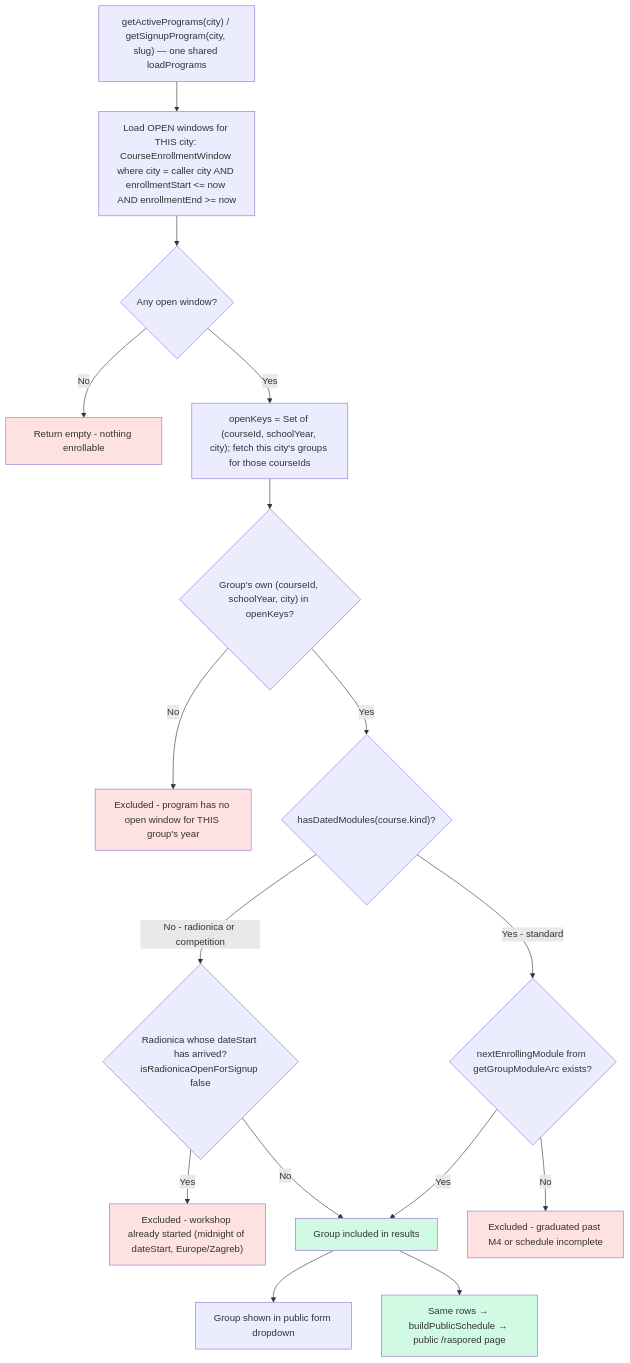
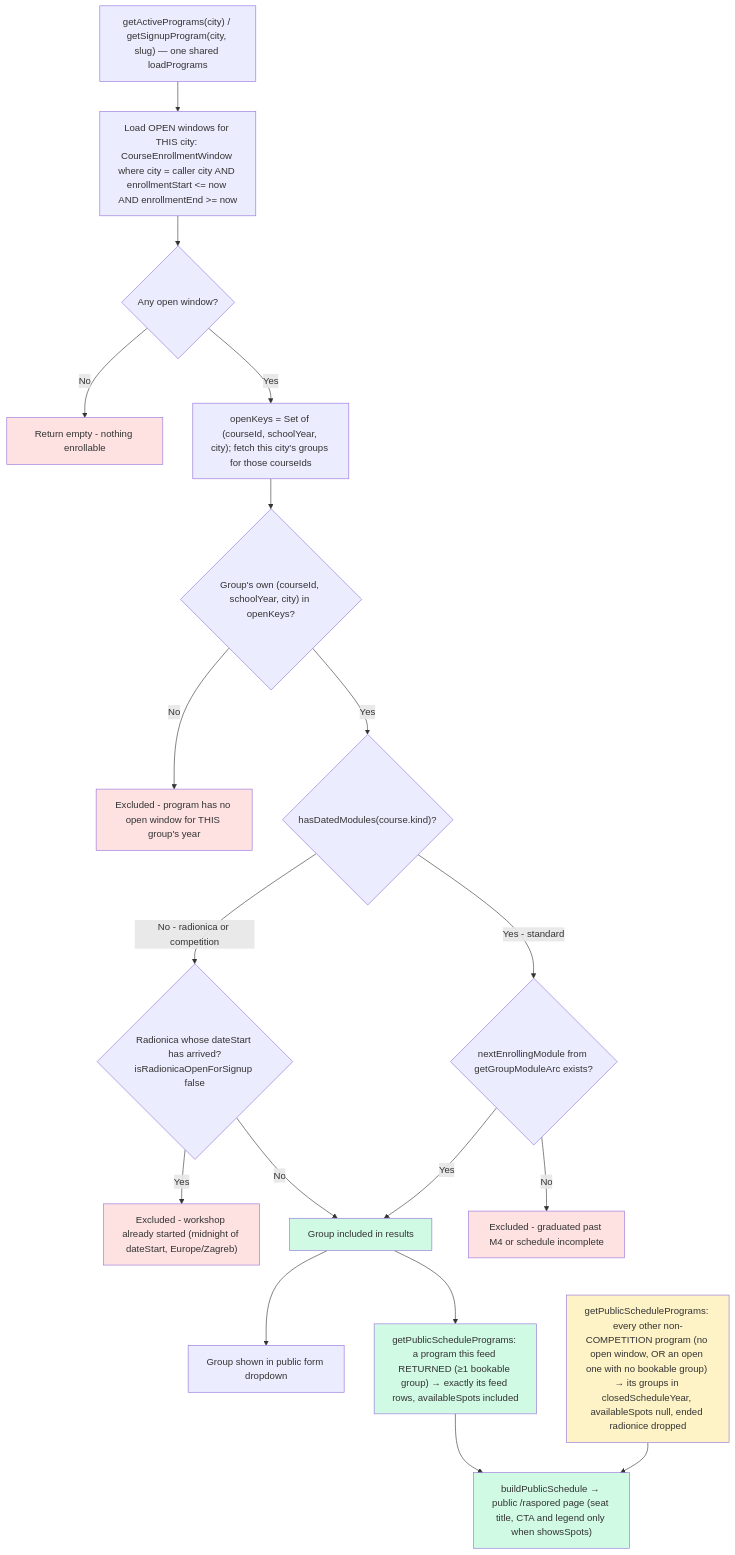
Diagram 14 of 17 in docs/diagrams/enrollment-rules.md (jpucic00/inovatic), drawn with Mermaid before and after one commit. The commit also changed other lines of this file and 4 other files, not shown here.

````diff
--- a/docs/diagrams/enrollment-rules.md
+++ b/docs/diagrams/enrollment-rules.md
@@ -531,29 +531,34 @@
 ```mermaid
 flowchart TD
     A["getActivePrograms(city) / getSignupProgram(city, slug) — one shared loadPrograms"] --> B["Load OPEN windows for THIS city: CourseEnrollmentWindow where city = caller city AND enrollmentStart &lt;= now AND enrollmentEnd &gt;= now"]
     B --> B0{Any open window?}
     B0 -->|No| EMPTY[Return empty - nothing enrollable]
     B0 -->|Yes| B1["openKeys = Set of (courseId, schoolYear, city); fetch this city's groups for those courseIds"]
     B1 --> C{"Group's own (courseId, schoolYear, city) in openKeys?"}
     C -->|No| EXCLUDE[Excluded - program has no open window for THIS group's year]
     C -->|Yes| D{"hasDatedModules(course.kind)?"}
 
     D -->|Yes - standard| E{"nextEnrollingModule from getGroupModuleArc exists?"}
     D -->|No - radionica or competition| R{"Radionica whose dateStart has arrived?<br/>isRadionicaOpenForSignup false"}
 
     R -->|Yes| EXCLUDE3["Excluded - workshop already started (midnight of dateStart, Europe/Zagreb)"]
     R -->|No| INCLUDE[Group included in results]
 
     E -->|Yes| INCLUDE
     E -->|No| EXCLUDE2[Excluded - graduated past M4 or schedule incomplete]
 
     INCLUDE --> I[Group shown in public form dropdown]
-    INCLUDE --> I2["Same rows → buildPublicSchedule → public /raspored page"]
+    INCLUDE --> I2["getPublicSchedulePrograms: a program this feed RETURNED (≥1 bookable group) → exactly its feed rows, availableSpots included"]
+    CLOSED["getPublicSchedulePrograms: every other non-COMPETITION program (no open window, OR an open one with no bookable group) → its groups in closedScheduleYear, availableSpots null, ended radionice dropped"]
+    I2 --> I3["buildPublicSchedule → public /raspored page (seat title, CTA and legend only when showsSpots)"]
+    CLOSED --> I3
 
     style EMPTY fill:#fee2e2
     style I2 fill:#d1fae5
+    style CLOSED fill:#fef3c7
+    style I3 fill:#d1fae5
     style EXCLUDE fill:#fee2e2
     style EXCLUDE2 fill:#fee2e2
     style EXCLUDE3 fill:#fee2e2
     style INCLUDE fill:#d1fae5
 ```
````
